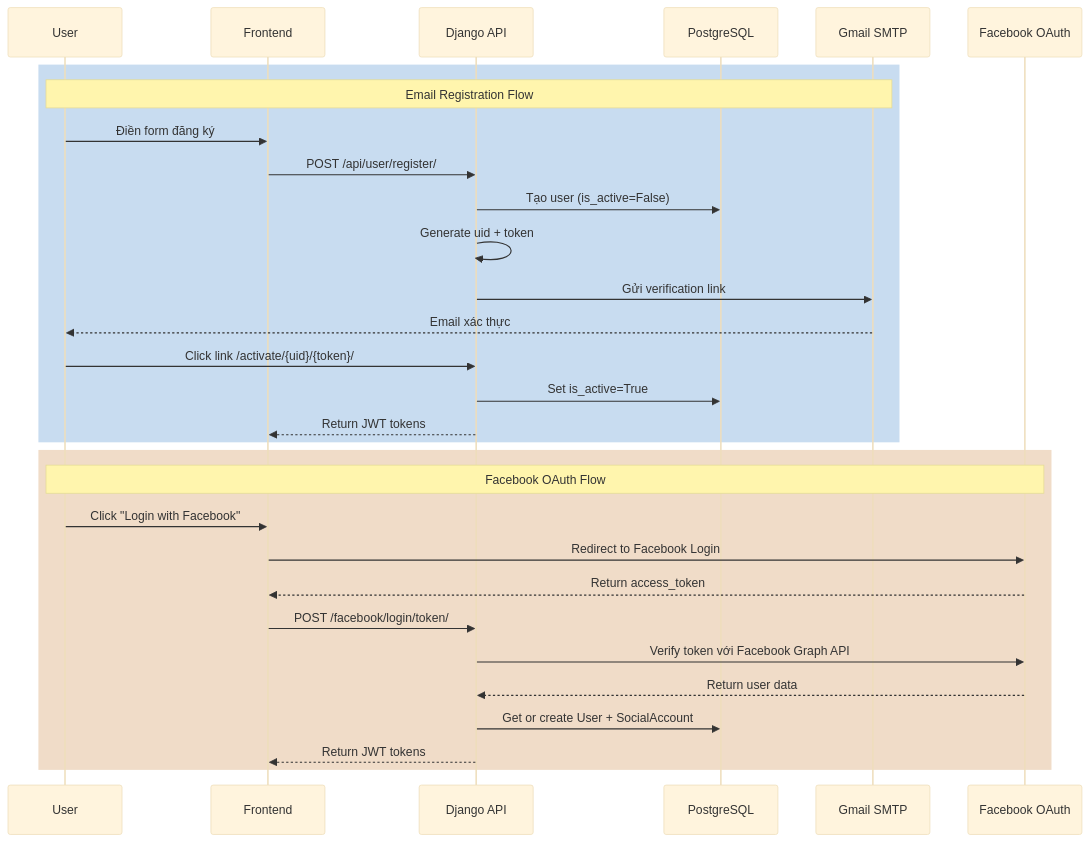
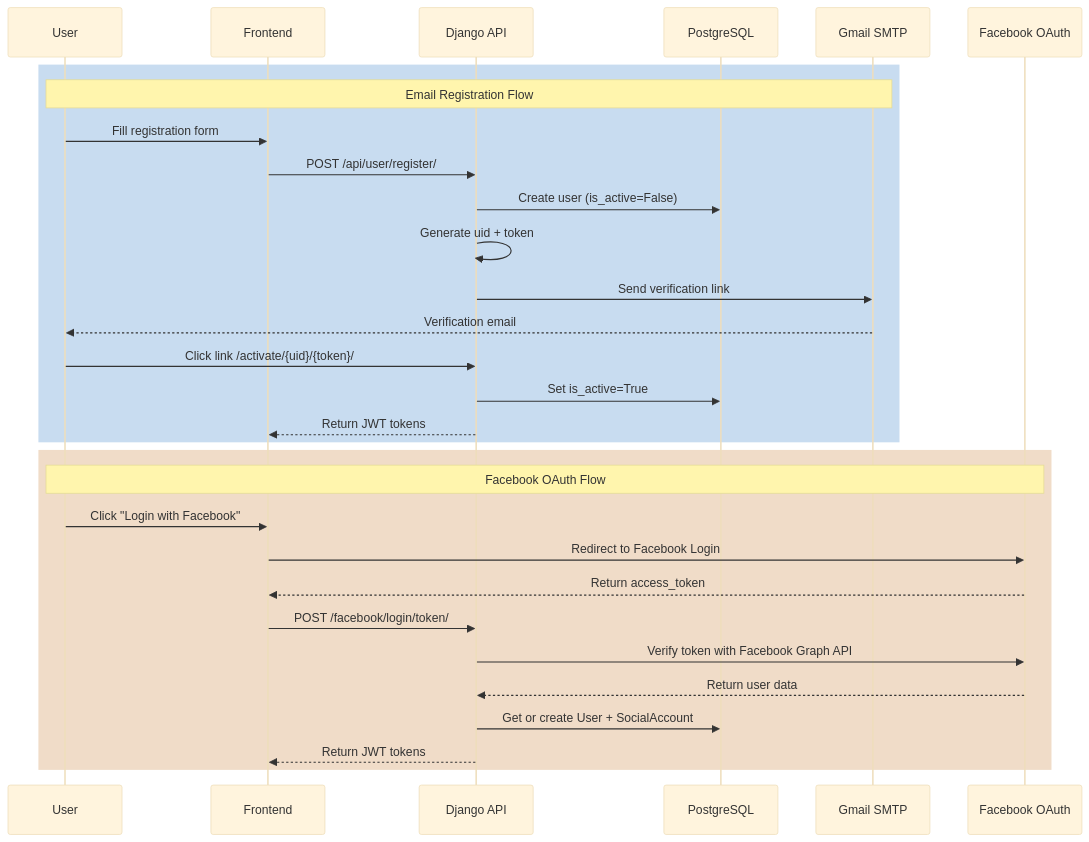
One commit to eja-edo/Portfolio changed the third of 4 diagrams in content/projects/smovie.md. Above: the diagram before and after it, drawn with Mermaid (base theme). The commit also changed other lines of this file and 15 other files, not shown here.

````diff
--- a/content/projects/smovie.md
+++ b/content/projects/smovie.md
@@ -132,34 +132,34 @@
 ```mermaid
 sequenceDiagram
     participant U as User
     participant F as Frontend
     participant API as Django API
     participant DB as PostgreSQL
     participant Email as Gmail SMTP
     participant FB as Facebook OAuth
     
     rect rgb(200, 220, 240)
         Note over U,Email: Email Registration Flow
-        U->>F: Điền form đăng ký
+        U->>F: Fill registration form
         F->>API: POST /api/user/register/
-        API->>DB: Tạo user (is_active=False)
+        API->>DB: Create user (is_active=False)
         API->>API: Generate uid + token
-        API->>Email: Gửi verification link
-        Email-->>U: Email xác thực
+        API->>Email: Send verification link
+        Email-->>U: Verification email
         U->>API: Click link /activate/{uid}/{token}/
         API->>DB: Set is_active=True
         API-->>F: Return JWT tokens
     end
     
     rect rgb(240, 220, 200)
         Note over U,FB: Facebook OAuth Flow
         U->>F: Click "Login with Facebook"
         F->>FB: Redirect to Facebook Login
         FB-->>F: Return access_token
         F->>API: POST /facebook/login/token/
-        API->>FB: Verify token với Facebook Graph API
+        API->>FB: Verify token with Facebook Graph API
         FB-->>API: Return user data
         API->>DB: Get or create User + SocialAccount
         API-->>F: Return JWT tokens
     end
 ```
````
